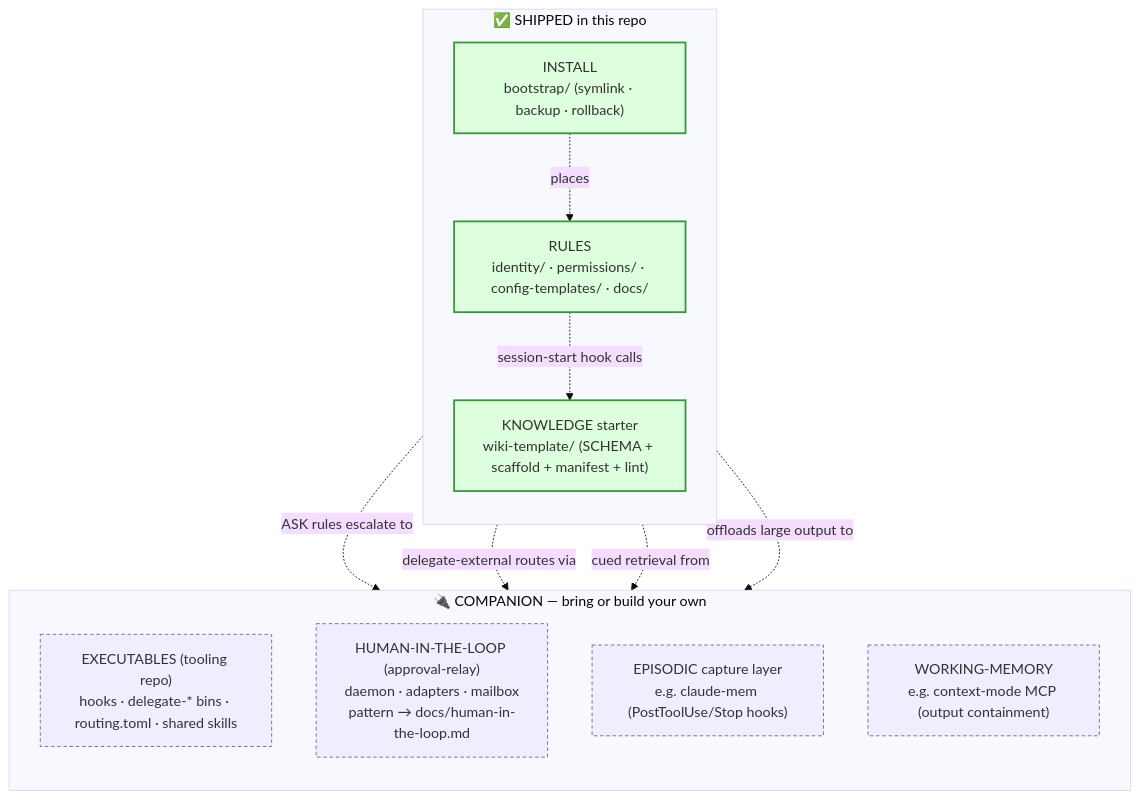
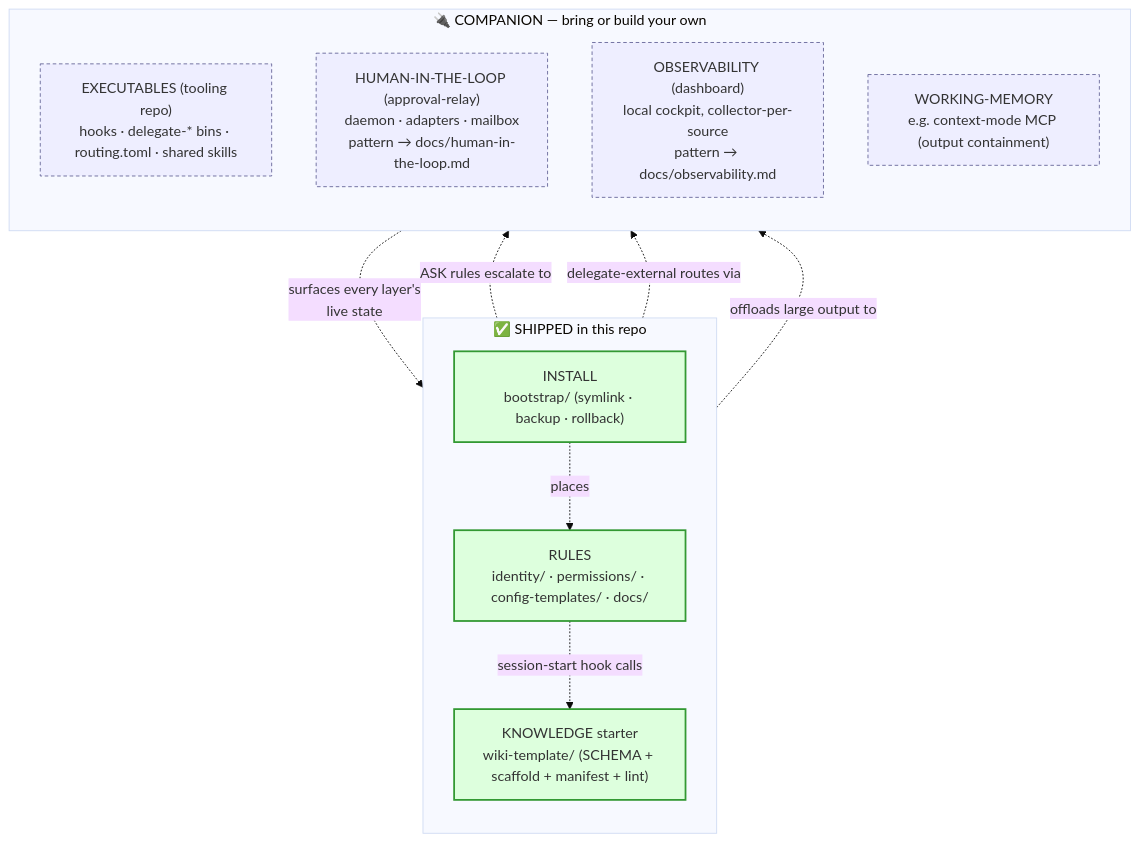
One commit to FRBio-maker/hive-mind-os changed the first of 3 diagrams in docs/REPO-MAP.md. Above: the diagram before and after it, drawn with Mermaid (base theme). The commit also changed other lines of this file and 12 other files, not shown here.

First line of the commit message:
docs: memory doctrine v2 (episodic retired, checkpoints) + observability layer

````diff
--- a/docs/REPO-MAP.md
+++ b/docs/REPO-MAP.md
@@ -93,29 +93,29 @@
 ```mermaid
 flowchart TB
     subgraph SHIP["✅ SHIPPED in this repo"]
         direction TB
         R["RULES<br/>identity/ · permissions/ · config-templates/ · docs/"]
         K["KNOWLEDGE starter<br/>wiki-template/ (SCHEMA + scaffold + manifest + lint)"]
         I["INSTALL<br/>bootstrap/ (symlink · backup · rollback)"]
     end
 
     subgraph BYO["🔌 COMPANION — bring or build your own"]
         direction TB
         T["EXECUTABLES (tooling repo)<br/>hooks · delegate-* bins · routing.toml · shared skills"]
         H["HUMAN-IN-THE-LOOP (approval-relay)<br/>daemon · adapters · mailbox<br/>pattern → docs/human-in-the-loop.md"]
-        E["EPISODIC capture layer<br/>e.g. claude-mem (PostToolUse/Stop hooks)"]
+        O["OBSERVABILITY (dashboard)<br/>local cockpit, collector-per-source<br/>pattern → docs/observability.md"]
         C["WORKING-MEMORY<br/>e.g. context-mode MCP (output containment)"]
     end
 
     R -. "session-start hook calls" .-> K
     I -. "places" .-> R
     R -. "ASK rules escalate to" .-> H
     R -. "delegate-external routes via" .-> T
-    R -. "cued retrieval from" .-> E
+    O -. "surfaces every layer's<br/>live state" .-> R
     R -. "offloads large output to" .-> C
 
     classDef ship fill:#dfd,stroke:#393,stroke-width:2px
     classDef byo fill:#eef,stroke:#669,stroke-dasharray:4 3
     class R,K,I ship
-    class T,H,E,C byo
+    class T,H,O,C byo
 ```
````
